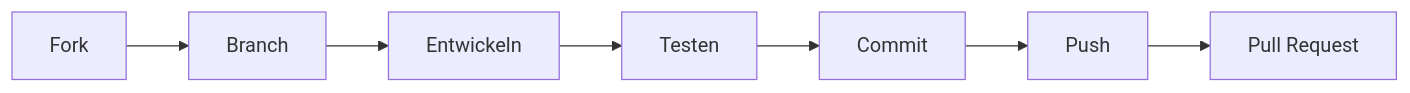
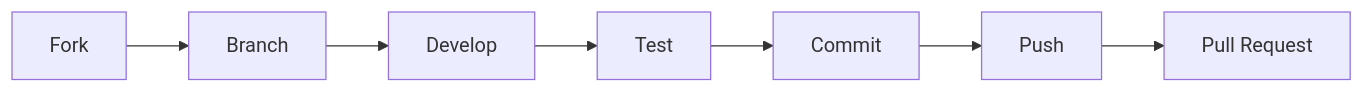
Before and after one commit to Nishanth619/PDF-_Gen: the diagram in CONTRIBUTING.md, drawn with Mermaid. The commit also changed other lines of this file and 4 other files, not shown here.

````diff
--- a/CONTRIBUTING.md
+++ b/CONTRIBUTING.md
@@ -78,9 +78,9 @@
 ```mermaid
 flowchart LR
     A[Fork] --> B[Branch]
-    B --> C[Entwickeln]
-    C --> D[Testen]
+    B --> C[Develop]
+    C --> D[Test]
     D --> E[Commit]
     E --> F[Push]
     F --> G[Pull Request]
 ```
````
